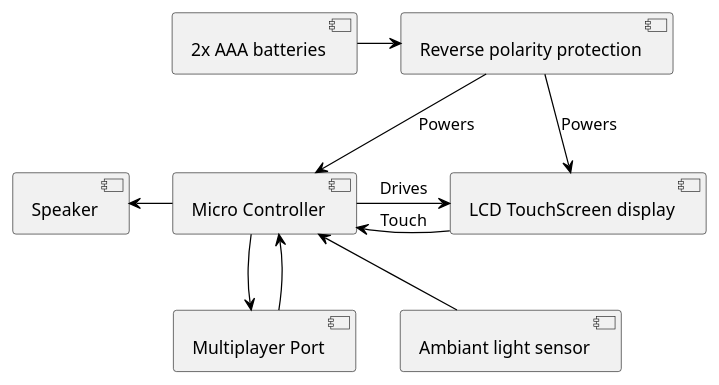
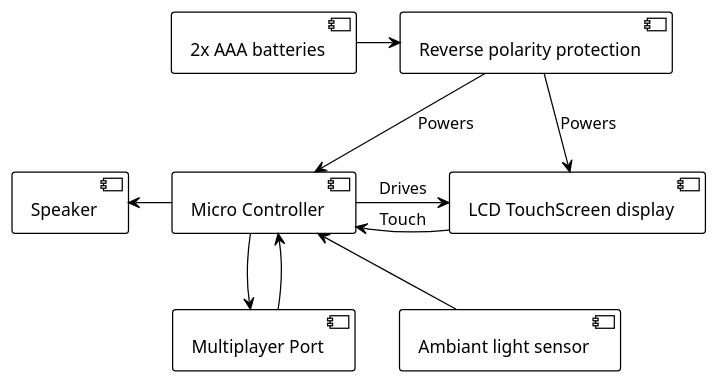
Before and after one commit to SamyFrancelet/PongBoy: the diagram in 0200_Research/0201_Diagrams/Presentation_diagrams/electric_diagram.puml, drawn with PlantUML. The commit also changed 15 other files, not shown here.

Commit message:
Presentation diagrams added

```diff
--- a/0200_Research/0201_Diagrams/Presentation_diagrams/electric_diagram.puml
+++ b/0200_Research/0201_Diagrams/Presentation_diagrams/electric_diagram.puml
@@ -1,51 +1,35 @@
-@startuml pathfinding_aStar
+@startuml electric_diagram
 
-skinparam shadowing false
-
-skinparam Arrow {
-    Color black
-}
-
-<style>
-.Physical {
-
-}
-.HAL {
-    BackgroundColor #ff9933
-}
-.Application {
-    BackgroundColor palegreen
-}
-</style>
+!theme plain
 
 component "2x AAA batteries" as batt
 component "Reverse polarity protection" as rev
 
 batt -> rev
 
 component "Micro Controller" as uc
 
 batt -[hidden]down-> uc
 rev --> uc : Powers
 
 component "LCD TouchScreen display" as lcd
 
 rev --> lcd : Powers
 uc -> lcd : Drives
 lcd -> uc : Touch
 
 component "Multiplayer Port" as multi
 
 uc -down-> multi
 multi --> uc
 
 component "Speaker" as hp
 
 uc -left-> hp
 
 component "Ambiant light sensor" as ldr
 
 multi -[hidden]right->ldr
 ldr --> uc
 
 @enduml
```
